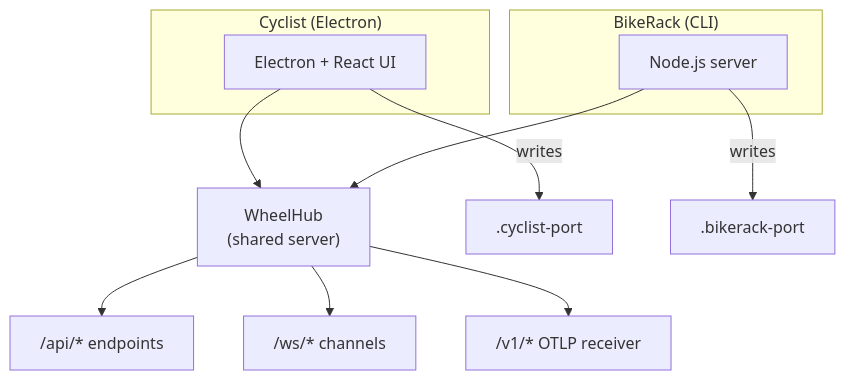
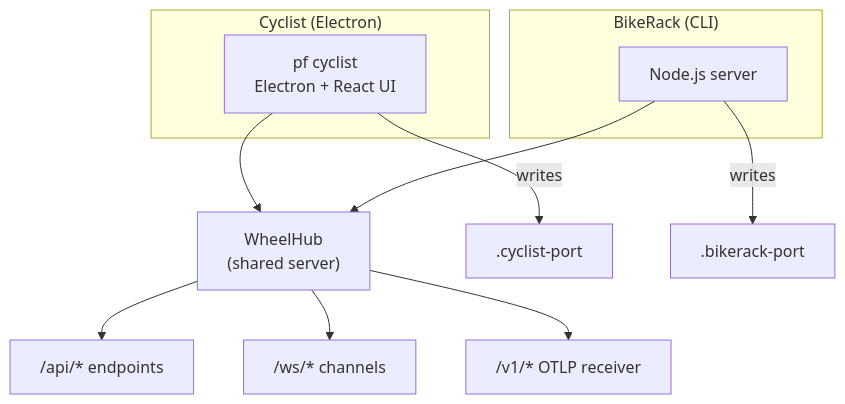
The second of 2 diagrams in docs/USER-GUIDE.md (slabgorb/pennyfarthing), drawn with Mermaid before and after one commit. The commit also changed other lines of this file and 39 other files, not shown here.

````diff
--- a/docs/USER-GUIDE.md
+++ b/docs/USER-GUIDE.md
@@ -241,19 +241,19 @@
 ```mermaid
 graph TB
     subgraph "Cyclist (Electron)"
-        C["Electron + React UI"]
+        C["pf cyclist<br/>Electron + React UI"]
     end
     subgraph "BikeRack (CLI)"
         BR["Node.js server"]
     end
 
     C --> WH["WheelHub<br/>(shared server)"]
     BR --> WH
 
     C -- "writes" --> CP[".cyclist-port"]
     BR -- "writes" --> BP[".bikerack-port"]
 
     WH --> API["/api/* endpoints"]
     WH --> WS["/ws/* channels"]
     WH --> OTLP["/v1/* OTLP receiver"]
 ```
````
